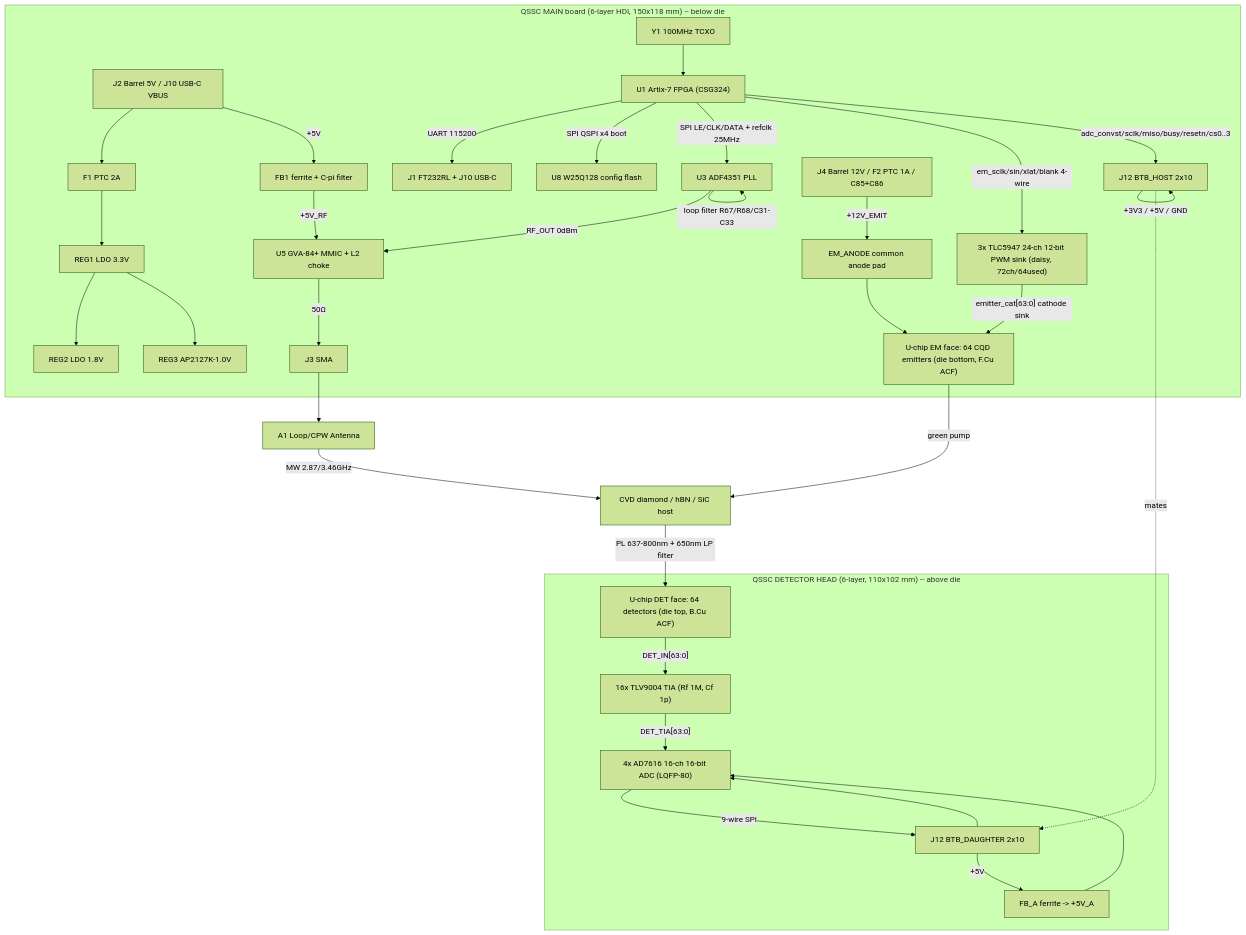
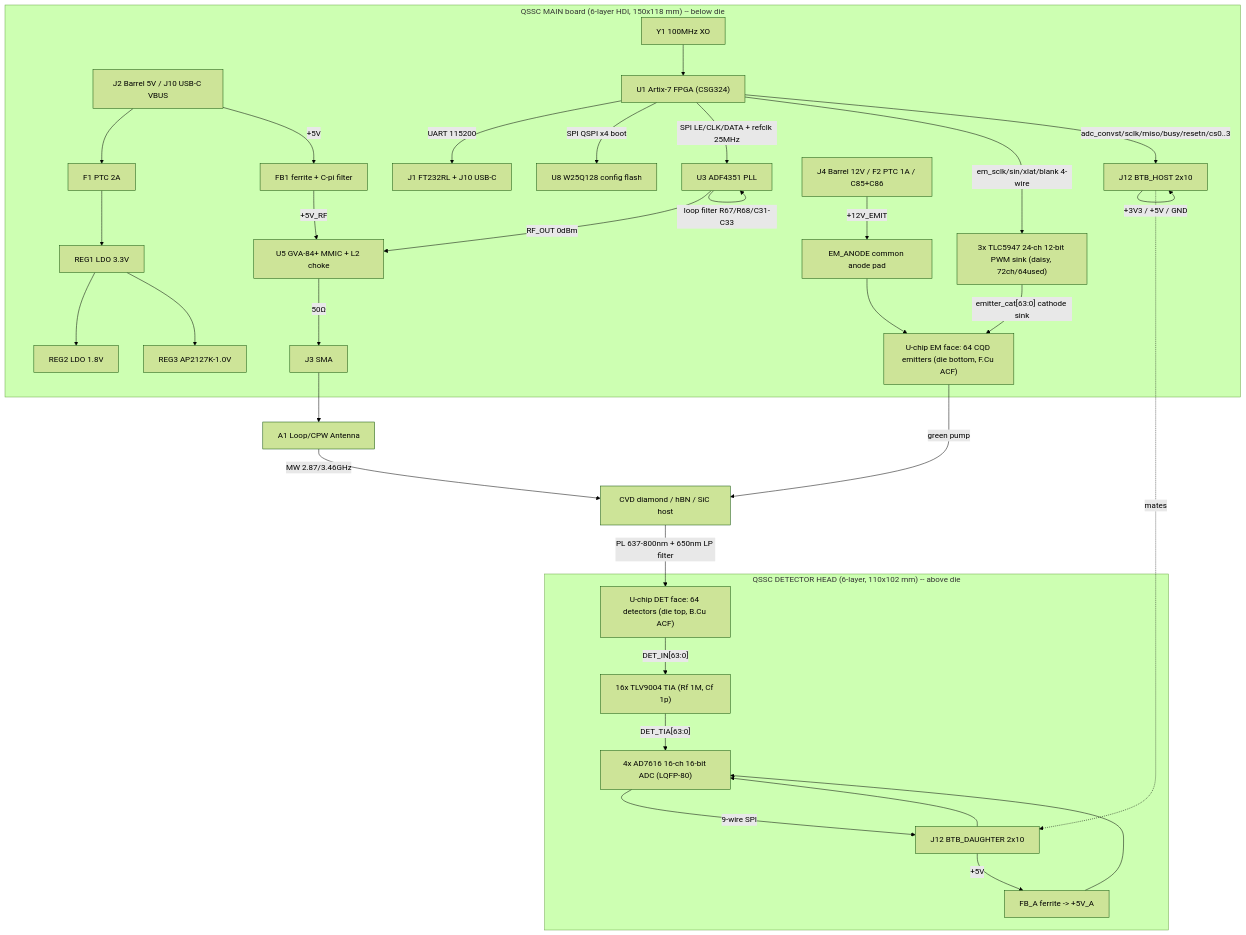
One commit to VABISMO/QSSC changed the first of 2 diagrams in hardware/HARDWARE_DESIGN.md. Above: the diagram before and after it, drawn with Mermaid (forest theme). The commit also changed other lines of this file and 1 other file, not shown here.

````diff
--- a/hardware/HARDWARE_DESIGN.md
+++ b/hardware/HARDWARE_DESIGN.md
@@ -164,36 +168,36 @@
 ```mermaid
 flowchart TD
     subgraph Main["QSSC MAIN board (6-layer HDI, 150x118 mm) -- below die"]
         J2["J2 Barrel 5V / J10 USB-C VBUS"] --> F1["F1 PTC 2A"] --> REG1["REG1 LDO 3.3V"]
         REG1 --> REG2["REG2 LDO 1.8V"]
         REG1 --> REG3["REG3 AP2127K-1.0V"]
         J2 -->|"+5V"| FB1["FB1 ferrite + C-pi filter"]
-        Y1["Y1 100MHz TCXO"] --> U1["U1 Artix-7 FPGA (CSG324)"]
+        Y1["Y1 100MHz XO"] --> U1["U1 Artix-7 FPGA (CSG324)"]
         U1 -->|"UART 115200"| J1["J1 FT232RL + J10 USB-C"]
         U1 -->|"SPI QSPI x4 boot"| W25["U8 W25Q128 config flash"]
         U1 -->|"SPI LE/CLK/DATA + refclk 25MHz"| U3["U3 ADF4351 PLL"]
         U3 -->|"loop filter R67/R68/C31-C33"| U3
         U3 -->|"RF_OUT 0dBm"| U5["U5 GVA-84+ MMIC + L2 choke"]
         FB1 -->|"+5V_RF"| U5
         U5 -->|"50Ω"| J3["J3 SMA"]
         U1 -->|"em_sclk/sin/xlat/blank 4-wire"| TLC["3x TLC5947 24-ch 12-bit PWM sink (daisy, 72ch/64used)"]
         J4["J4 Barrel 12V / F2 PTC 1A / C85+C86"] -->|"+12V_EMIT"| ANODE["EM_ANODE common anode pad"]
         TLC -->|"emitter_cat[63:0] cathode sink"| CHIP_EM["U-chip EM face: 64 CQD emitters (die bottom, F.Cu ACF)"]
         ANODE --> CHIP_EM
         U1 -->|"adc_convst/sclk/miso/busy/resetn/cs0..3"| J12H["J12 BTB_HOST 2x10"]
         J12H -->|"+3V3 / +5V / GND"| J12H
     end
     subgraph Head["QSSC DETECTOR HEAD (6-layer, 110x102 mm) -- above die"]
         J12D["J12 BTB_DAUGHTER 2x10"] --> ADC["4x AD7616 16-ch 16-bit ADC (LQFP-80)"]
         J12D -->|"+5V"| FBA["FB_A ferrite -> +5V_A"]
         FBA --> ADC
         ADC -->|"9-wire SPI"| J12D
         DET["U-chip DET face: 64 detectors (die top, B.Cu ACF)"] -->|"DET_IN[63:0]"| TIA["16x TLV9004 TIA (Rf 1M, Cf 1p)"]
         TIA -->|"DET_TIA[63:0]"| ADC
     end
     J12H -.->|"mates"| J12D
     J3 --> A1["A1 Loop/CPW Antenna"]
     A1 -->|"MW 2.87/3.46GHz"| Sub["CVD diamond / hBN / SiC host"]
     CHIP_EM -->|"green pump"| Sub
     Sub -->|"PL 637-800nm + 650nm LP filter"| DET
 ```
````
